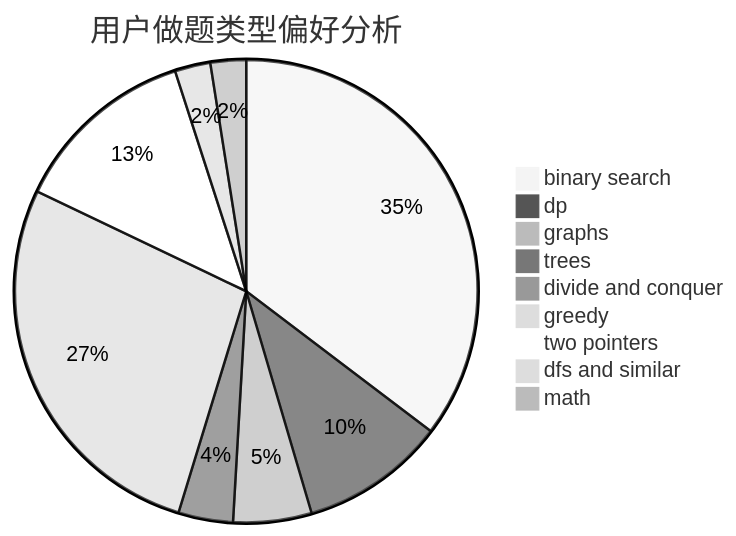
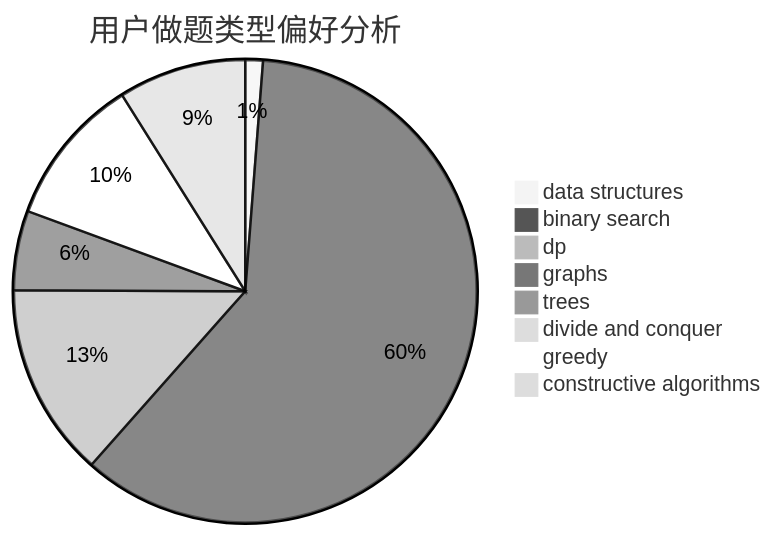
One commit to sherpahu/cfrs.github.io changed the second of 3 diagrams in docs/user/u2376.md. Above: the diagram before and after it, drawn with Mermaid (neutral theme). The commit also changed other lines of this file and 2775 other files, not shown here.

````diff
--- a/docs/user/u2376.md
+++ b/docs/user/u2376.md
@@ -23,12 +23,11 @@
 ```mermaid
 pie title 用户做题类型偏好分析
-    "binary search" :  213
-    "dp" :  61
-    "graphs" :  33
-    "trees" :  23
-    "divide and conquer" :  6
-    "greedy" :  165
-    "two pointers" :  78
-    "dfs and similar" :  15
-    "math" :  15
+    "data structures" :  4
+    "binary search" :  196
+    "dp" :  44
+    "graphs" :  18
+    "trees" :  1
+    "divide and conquer" :  0
+    "greedy" :  34
+    "constructive algorithms" :  29
 ```
````
